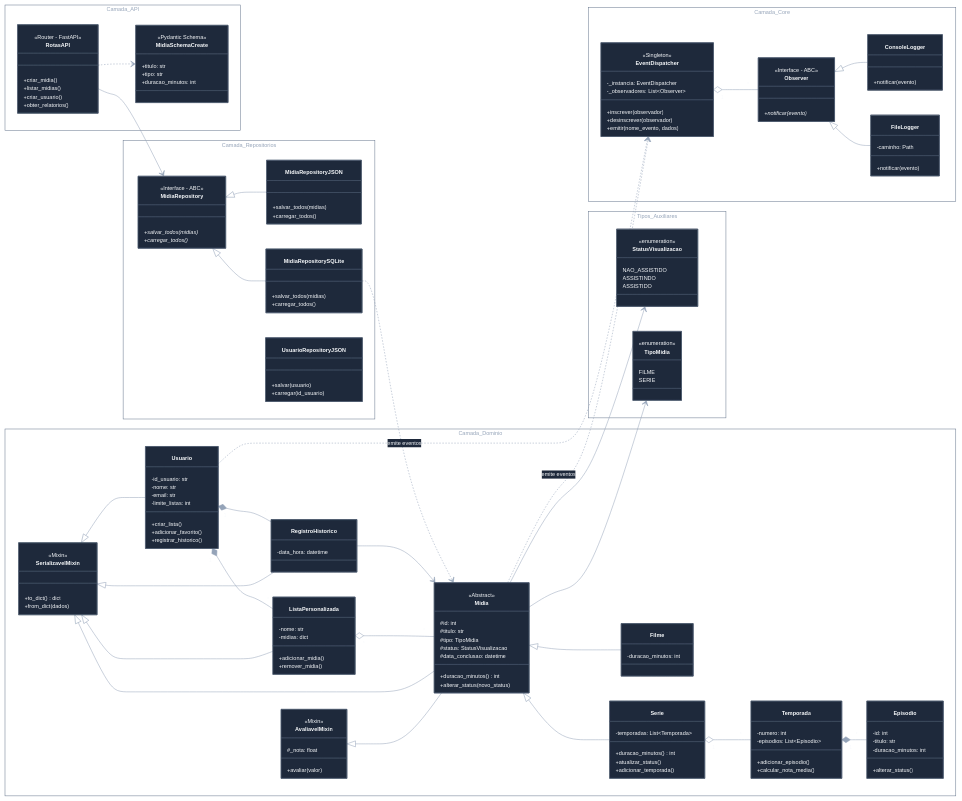
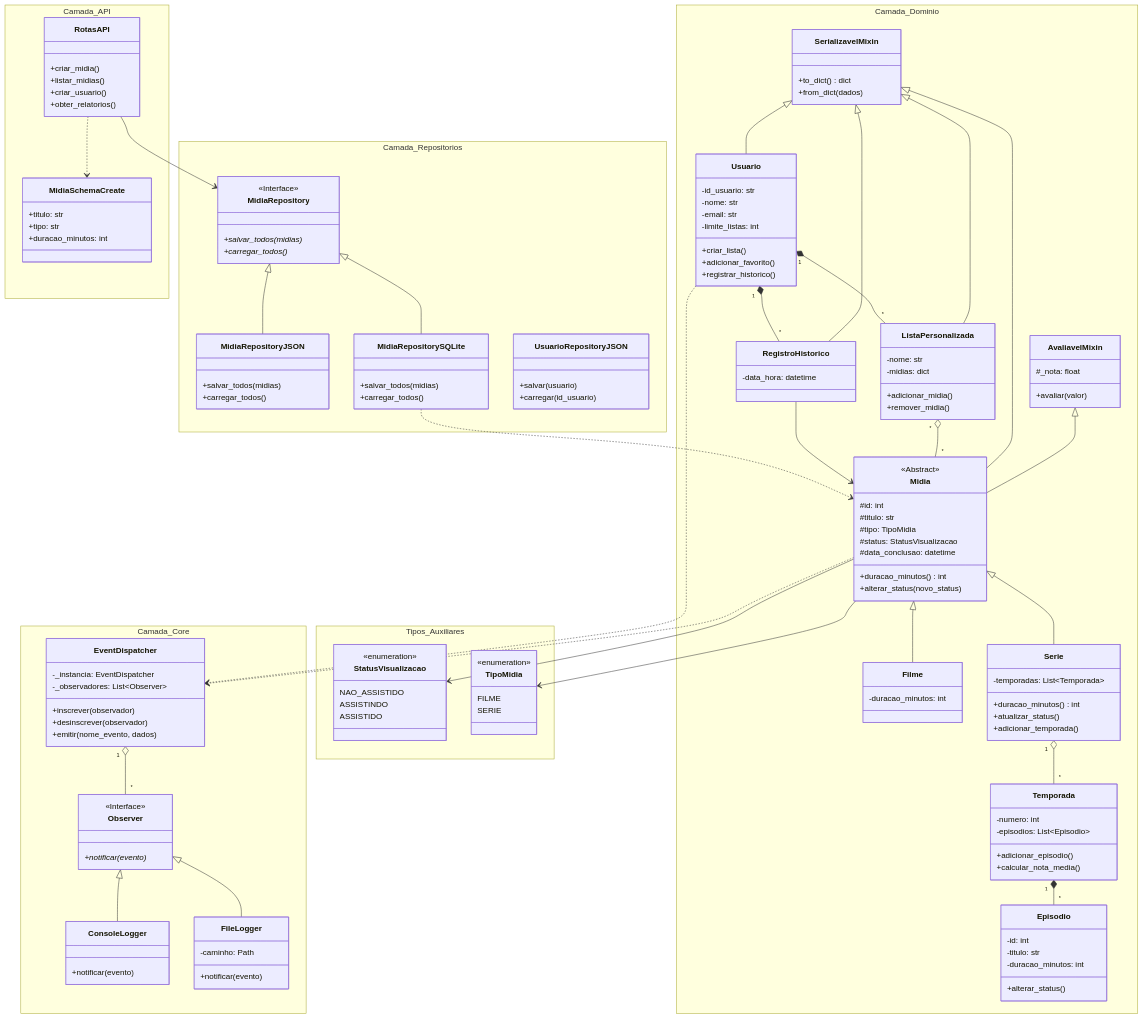
One commit to edson-santos0077/Exercicios-de-estudo-em-python changed the diagram in README.md. Above: the diagram before and after it, drawn with Mermaid.

````diff
--- a/README.md
+++ b/README.md
@@ -71,37 +71,15 @@
 ```mermaid
-%%{
-  init: {
-    'theme': 'base',
-    'class': {
-      'nodeSpacing': 25,
-      'rankSpacing': 25
-    },
-    'themeVariables': {
-      'primaryColor': '#1e293b',
-      'primaryTextColor': '#f8fafc',
-      'primaryBorderColor': '#475569',
-      'lineColor': '#94a3b8',
-      'tertiaryColor': 'transparent',
-      'tertiaryBorderColor': '#64748b',
-      'tertiaryTextColor': '#94a3b8',
-      'fontSize': '11px'
-    },
-    'themeCSS': 'g.classGroup text { font-size: 11px !important; } .nodeLabel { padding: 8px !important; }'
-  }
-}%%
 classDiagram
-    direction LR
+    direction TB
 
     namespace Camada_API {
         class RotasAPI {
-            <<Router - FastAPI>>
             +criar_midia()
             +listar_midias()
             +criar_usuario()
             +obter_relatorios()
         }
         class MidiaSchemaCreate {
-            <<Pydantic Schema>>
             +titulo: str
             +tipo: str
             +duracao_minutos: int
@@ -110,7 +88,6 @@
 
     namespace Camada_Core {
         class EventDispatcher {
-            <<Singleton>>
             -_instancia: EventDispatcher
             -_observadores: List~Observer~
             +inscrever(observador)
@@ -118,7 +95,7 @@
             +emitir(nome_evento, dados)
         }
         class Observer {
-            <<Interface - ABC>>
+            <<Interface>>
             +notificar(evento)*
         }
         class ConsoleLogger {
@@ -132,7 +109,7 @@
 
     namespace Camada_Repositorios {
         class MidiaRepository {
-            <<Interface - ABC>>
+            <<Interface>>
             +salvar_todos(midias)*
             +carregar_todos()*
         }
@@ -152,12 +129,10 @@
 
     namespace Camada_Dominio {
         class AvaliavelMixin {
-            <<Mixin>>
             #_nota: float
             +avaliar(valor)
         }
         class SerializavelMixin {
-            <<Mixin>>
             +to_dict() dict
             +from_dict(dados)
         }
@@ -226,7 +201,7 @@
         }
     }
 
-    %% Herança de Mixins e Domínio
+    %% Herança e Mixins
     AvaliavelMixin <|-- Midia
     SerializavelMixin <|-- Midia
     SerializavelMixin <|-- Usuario
@@ -244,16 +219,16 @@
     ListaPersonalizada "*" o-- "*" Midia
     RegistroHistorico --> Midia
 
-    %% Uso de Enums
+    %% Enums
     Midia --> TipoMidia
     Midia --> StatusVisualizacao
 
-    %% Estrutura do Observer
+    %% Observer Pattern
     Observer <|-- ConsoleLogger
     Observer <|-- FileLogger
     EventDispatcher "1" o-- "*" Observer
-    Midia ..> EventDispatcher : emite eventos
-    Usuario ..> EventDispatcher : emite eventos
+    Midia ..> EventDispatcher
+    Usuario ..> EventDispatcher
 
     %% Persistência e API
     MidiaRepository <|-- MidiaRepositoryJSON
````
